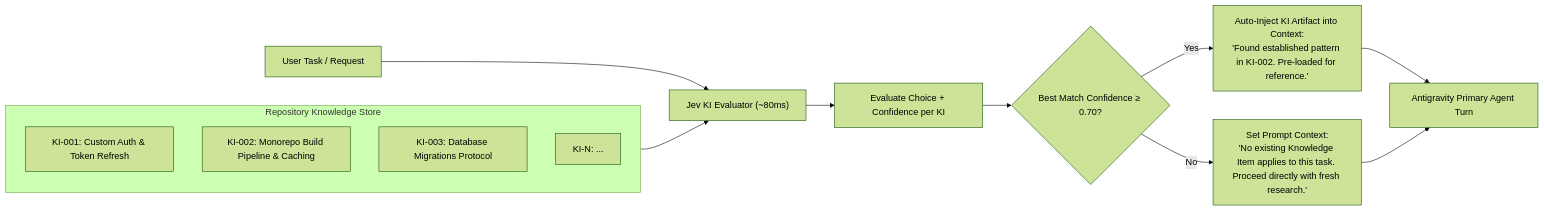
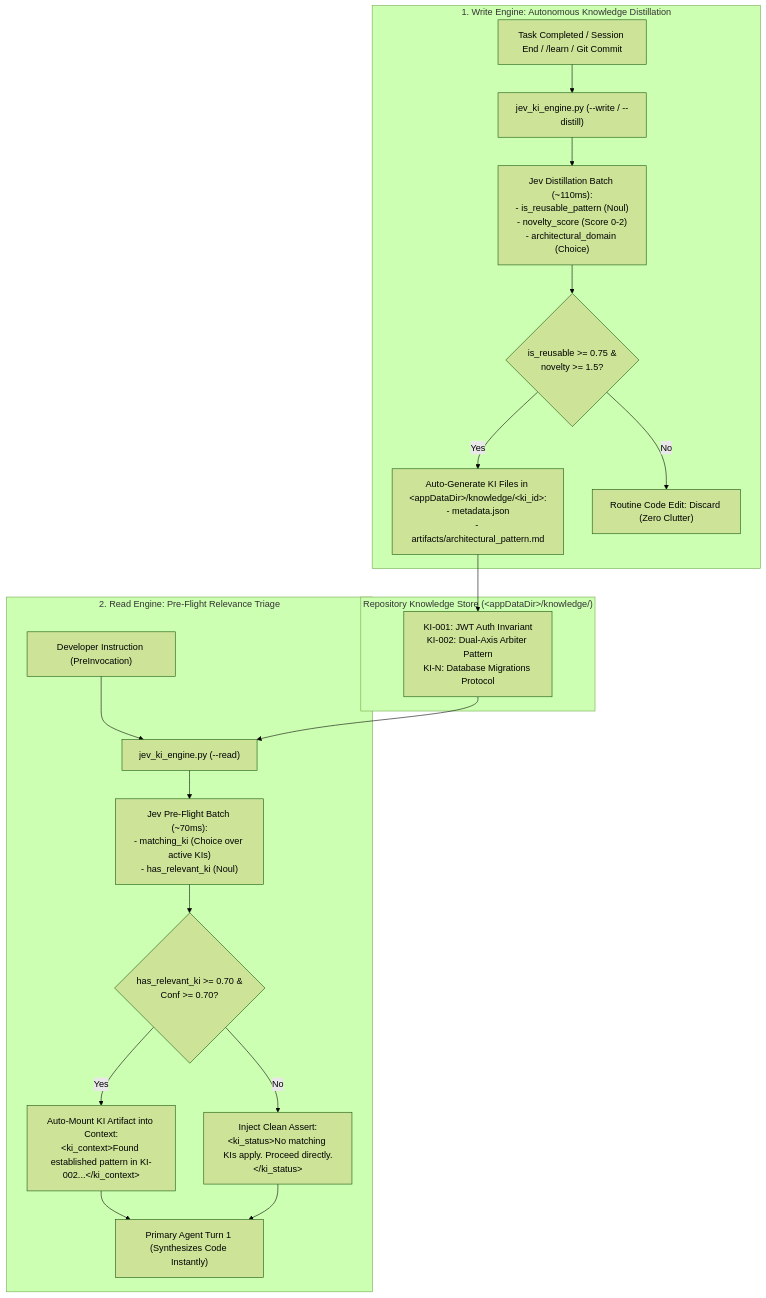
Before and after one commit to Ajasra/jev-hooks: the diagram in proposals/03_PROPOSAL_C_KNOWLEDGE_ITEM_MATCHER.md, drawn with Mermaid (forest theme). The commit also changed other lines of this file and 6 other files, not shown here.

Commit message:
feat: implement Proposal 21 speculative fan-out router and update Proposal 03 KI dual engine

````diff
--- a/proposals/03_PROPOSAL_C_KNOWLEDGE_ITEM_MATCHER.md
+++ b/proposals/03_PROPOSAL_C_KNOWLEDGE_ITEM_MATCHER.md
@@ -27,22 +36,25 @@
 ```mermaid
-flowchart LR
-    Task["User Task / Request"] --> KI_Triage["Jev KI Evaluator (~80ms)"]
-    
-    subgraph KIs ["Repository Knowledge Store"]
-        KI1["KI-001: Custom Auth & Token Refresh"]
-        KI2["KI-002: Monorepo Build Pipeline & Caching"]
-        KI3["KI-003: Database Migrations Protocol"]
-        KIN["KI-N: ..."]
+flowchart TD
+    subgraph WriteCycle ["1. Write Engine: Autonomous Knowledge Distillation"]
+        TaskDone["Task Completed / Session End / /learn / Git Commit"] --> Distiller["jev_ki_engine.py (--write / --distill)"]
+        Distiller --> JevDistillBatch["Jev Distillation Batch (~110ms):<br/>- is_reusable_pattern (Noul)<br/>- novelty_score (Score 0-2)<br/>- architectural_domain (Choice)"]
+        JevDistillBatch --> WriteGate{"is_reusable >= 0.75 &<br/>novelty >= 1.5?"}
+        WriteGate -->|Yes| AutoWrite["Auto-Generate KI Files in &lt;appDataDir&gt;/knowledge/&lt;ki_id&gt;:<br/>- metadata.json<br/>- artifacts/architectural_pattern.md"]
+        WriteGate -->|No| DiscardRoutine["Routine Code Edit: Discard (Zero Clutter)"]
     end
-    KIs --> KI_Triage
-    
-    KI_Triage --> Eval["Evaluate Choice + Confidence per KI"]
-    
-    Eval --> Check{"Best Match Confidence ≥ 0.70?"}
-    
-    Check -->|Yes| AutoLoad["Auto-Inject KI Artifact into Context:<br/>'Found established pattern in KI-002. Pre-loaded for reference.'"]
-    Check -->|No| ExplicitNone["Set Prompt Context:<br/>'No existing Knowledge Item applies to this task. Proceed directly with fresh research.'"]
-    
-    AutoLoad --> AgentTurn["Antigravity Primary Agent Turn"]
-    ExplicitNone --> AgentTurn
+
+    subgraph Store ["Repository Knowledge Store (&lt;appDataDir&gt;/knowledge/)"]
+        AutoWrite --> KIs["KI-001: JWT Auth Invariant<br/>KI-002: Dual-Axis Arbiter Pattern<br/>KI-N: Database Migrations Protocol"]
+    end
+
+    subgraph ReadCycle ["2. Read Engine: Pre-Flight Relevance Triage"]
+        NewPrompt["Developer Instruction (PreInvocation)"] --> Matcher["jev_ki_engine.py (--read)"]
+        KIs --> Matcher
+        Matcher --> JevReadBatch["Jev Pre-Flight Batch (~70ms):<br/>- matching_ki (Choice over active KIs)<br/>- has_relevant_ki (Noul)"]
+        JevReadBatch --> ReadGate{"has_relevant_ki >= 0.70 &<br/>Conf >= 0.70?"}
+        ReadGate -->|Yes| AutoMount["Auto-Mount KI Artifact into Context:<br/>&lt;ki_context&gt;Found established pattern in KI-002...&lt;/ki_context&gt;"]
+        ReadGate -->|No| CleanPass["Inject Clean Assert:<br/>&lt;ki_status&gt;No matching KIs apply. Proceed directly.&lt;/ki_status&gt;"]
+        AutoMount --> LLMTurn["Primary Agent Turn 1 (Synthesizes Code Instantly)"]
+        CleanPass --> LLMTurn
+    end
 ```
````
